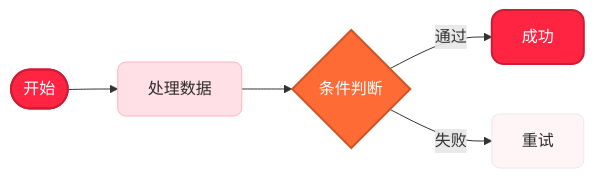
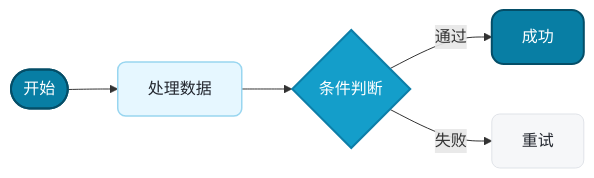
One commit to MAGO-Yong/mago-claw changed the second of 9 diagrams in skills/pretty-mermaid/SKILL.md. Above: the diagram before and after it, drawn with Mermaid. The commit also changed other lines of this file and 236 other files, not shown here.

````diff
--- a/skills/pretty-mermaid/SKILL.md
+++ b/skills/pretty-mermaid/SKILL.md
@@ -230,12 +217,12 @@
 ```mermaid
 flowchart LR
-    classDef primary fill:#FF2442,stroke:#CC1D35,color:#FFFFFF,stroke-width:2px,rx:12,ry:12
-    classDef secondary fill:#FFE0E6,stroke:#FFB3C1,color:#2D2D2D,stroke-width:1px,rx:8,ry:8
-    classDef accent fill:#FF6B35,stroke:#CC5529,color:#FFFFFF,stroke-width:2px,rx:8,ry:8
-    classDef neutral fill:#FFF5F7,stroke:#E8E8E8,color:#2D2D2D,stroke-width:1px,rx:8,ry:8
+    classDef primary fill:#087EA4,stroke:#044E68,color:#FFFFFF,stroke-width:2px,rx:12,ry:12
+    classDef secondary fill:#E6F7FF,stroke:#99D6F0,color:#23272F,stroke-width:1.5px,rx:8,ry:8
+    classDef accent fill:#149ECA,stroke:#0D7EA8,color:#FFFFFF,stroke-width:2px,rx:8,ry:8
+    classDef neutral fill:#F6F7F9,stroke:#E0E3E8,color:#23272F,stroke-width:1px,rx:8,ry:8
 
     A([开始]):::primary --> B[处理数据]:::secondary
     B --> C{条件判断}:::accent
     C -->|通过| D[成功]:::primary
     C -->|失败| E[重试]:::neutral
 ```
````
